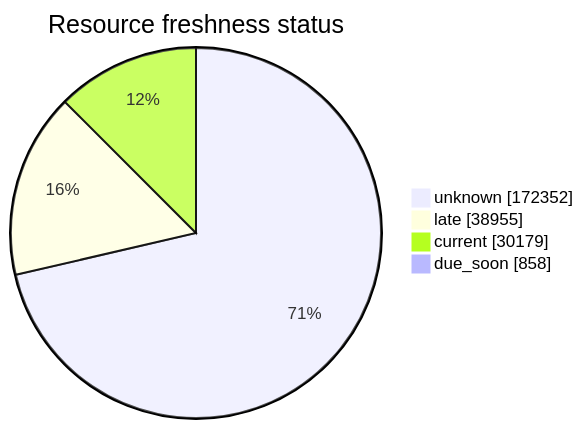
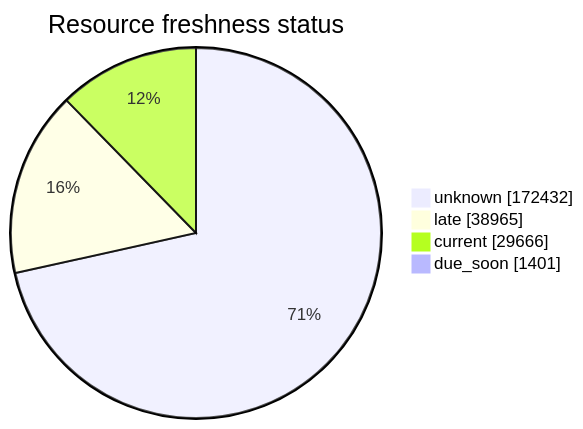
One commit to open-data/analytics-corporate-reporting changed the third of 5 diagrams in FreshCheck/README.md. Above: the diagram before and after it, drawn with Mermaid. The commit also changed other lines of this file and 3 other files, not shown here.

````diff
--- a/FreshCheck/README.md
+++ b/FreshCheck/README.md
@@ -77,7 +77,7 @@
 ```mermaid
 pie showData title Resource freshness status
-    "unknown": 172352
-    "late": 38955
-    "current": 30179
-    "due_soon": 858
+    "unknown": 172432
+    "late": 38965
+    "current": 29666
+    "due_soon": 1401
 ```
````
